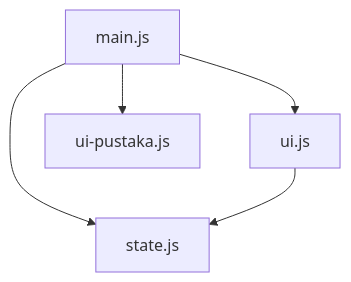
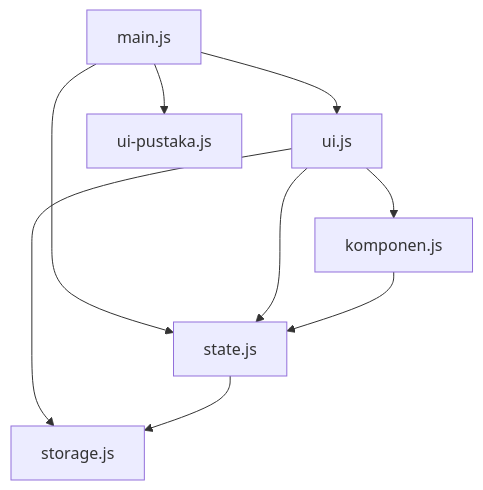
One commit to feliciacahya24-blip/ppv-project-akhir-5125500053 changed the diagram in MODULE_MAP.md. Above: the diagram before and after it, drawn with Mermaid. The commit also changed other lines of this file and 2 other files, not shown here.

Commit message:
docs: perbarui README, ROADMAP, dan MODULE_MAP untuk Sprint 4

````diff
--- a/MODULE_MAP.md
+++ b/MODULE_MAP.md
@@ -7,7 +7,11 @@
 ```mermaid
 graph TD
   main[main.js] --> state[state.js]
   main --> ui[ui.js]
   main --> pustaka[ui-pustaka.js]
   ui --> state
+  ui --> storage[storage.js]
+  ui --> komponen[komponen.js]
+  komponen --> state
+  state --> storage
 ```
````
